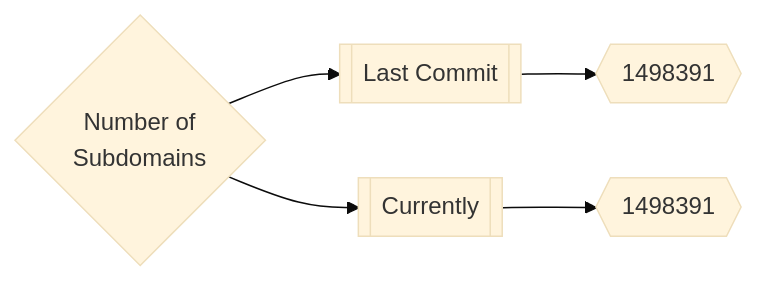
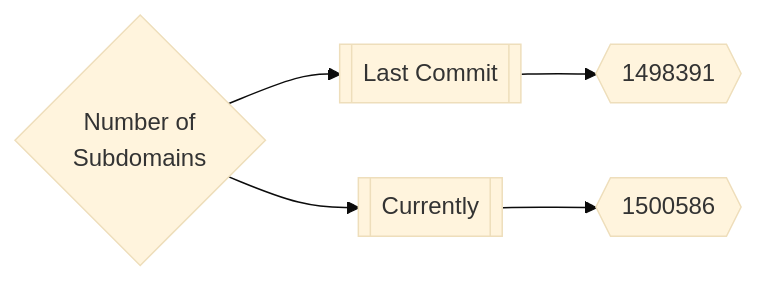
The first of 3 diagrams in README.md (trickest/inventory), drawn with Mermaid (base theme) before and after one commit. The commit also changed other lines of this file and 265 other files, not shown here.

````diff
--- a/README.md
+++ b/README.md
@@ -165,5 +165,5 @@
 ```mermaid
 graph LR
 title{Number of<br>Subdomains} --> subdomainsDate1[[Last Commit]] --> subdomainsNum1{{1498391}}
-title --> subdomainsDate2[[Currently]] --> subdomainsNum2{{1498391}}
+title --> subdomainsDate2[[Currently]] --> subdomainsNum2{{1500586}}
 ```
````
